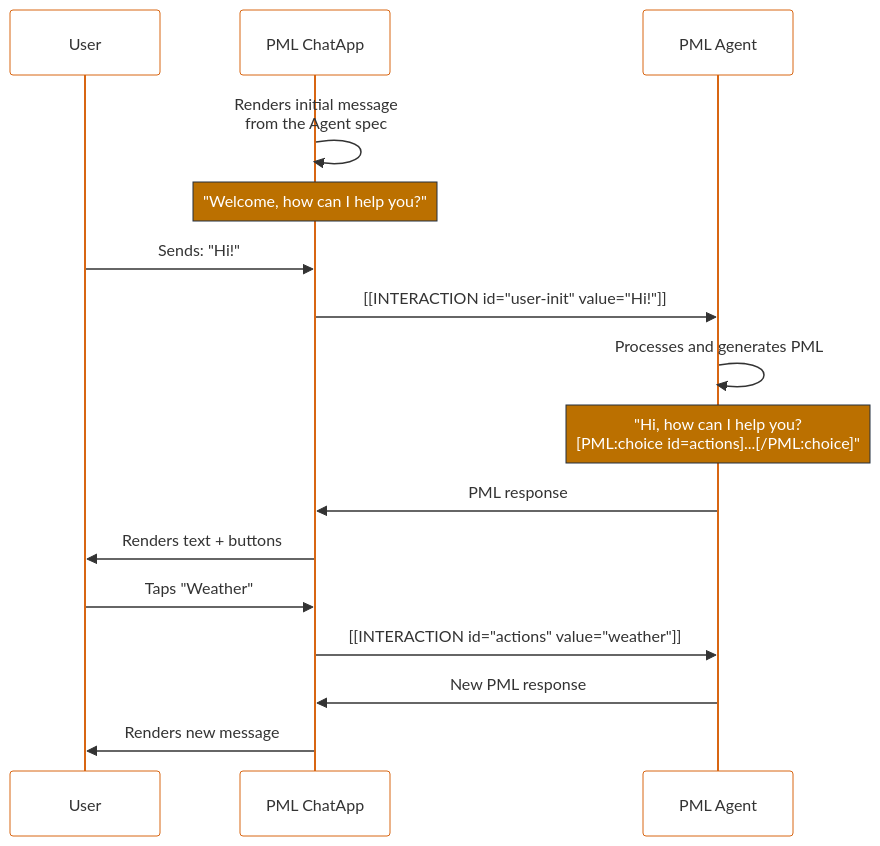
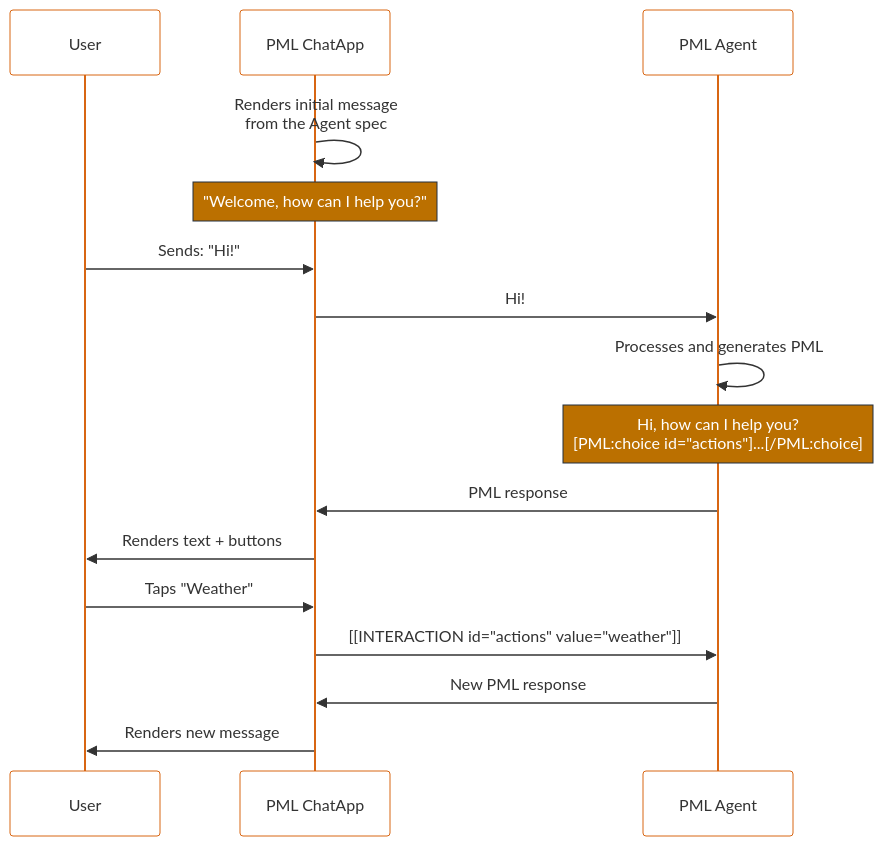
One commit to pedro-aaron/PML changed the diagram in README.md. Above: the diagram before and after it, drawn with Mermaid. The commit also changed other lines of this file and 1 other file, not shown here.

First line of the commit message:
Define PML v1.14 interaction contracts

````diff
--- a/README.md
+++ b/README.md
@@ -123,21 +129,21 @@
 ```mermaid
 %%{init: {'theme': 'base', 'themeVariables': {'labelBoxBkgColor': 'lightgrey', 'labelBoxBorderColor': '#000000', 'actorBorder': '#D86613', 'actorBkg': '#ffffff', 'activationBorderColor': '#232F3E', 'activationBkgColor': '#D86613', 'noteBkgColor': 'rgba(187, 112, 0, 1)','noteTextColor': '#ffffff', 'noteBorderColor': '#232F3E'}}}%%
 
 sequenceDiagram
     participant User as User
     participant ChatApp as PML ChatApp
     participant Agent as PML Agent
 
     ChatApp->>ChatApp: Renders initial message<br />from the Agent spec
     note over ChatApp: "Welcome, how can I help you?"
     User->>ChatApp: Sends: "Hi!"
-    ChatApp->>Agent: [[INTERACTION id="user-init" value="Hi!"]]
+    ChatApp->>Agent: Hi!
     Agent->>Agent: Processes and generates PML
-    note over Agent: "Hi, how can I help you?<br />[PML:choice id=actions]...[/PML:choice]"
+    note over Agent: Hi, how can I help you?<br />[PML:choice id="actions"]...[/PML:choice]
     Agent->>ChatApp: PML response
     ChatApp->>User: Renders text + buttons
     User->>ChatApp: Taps "Weather"
     ChatApp->>Agent: [[INTERACTION id="actions" value="weather"]]
     Agent->>ChatApp: New PML response
     ChatApp->>User: Renders new message
 ```
````
